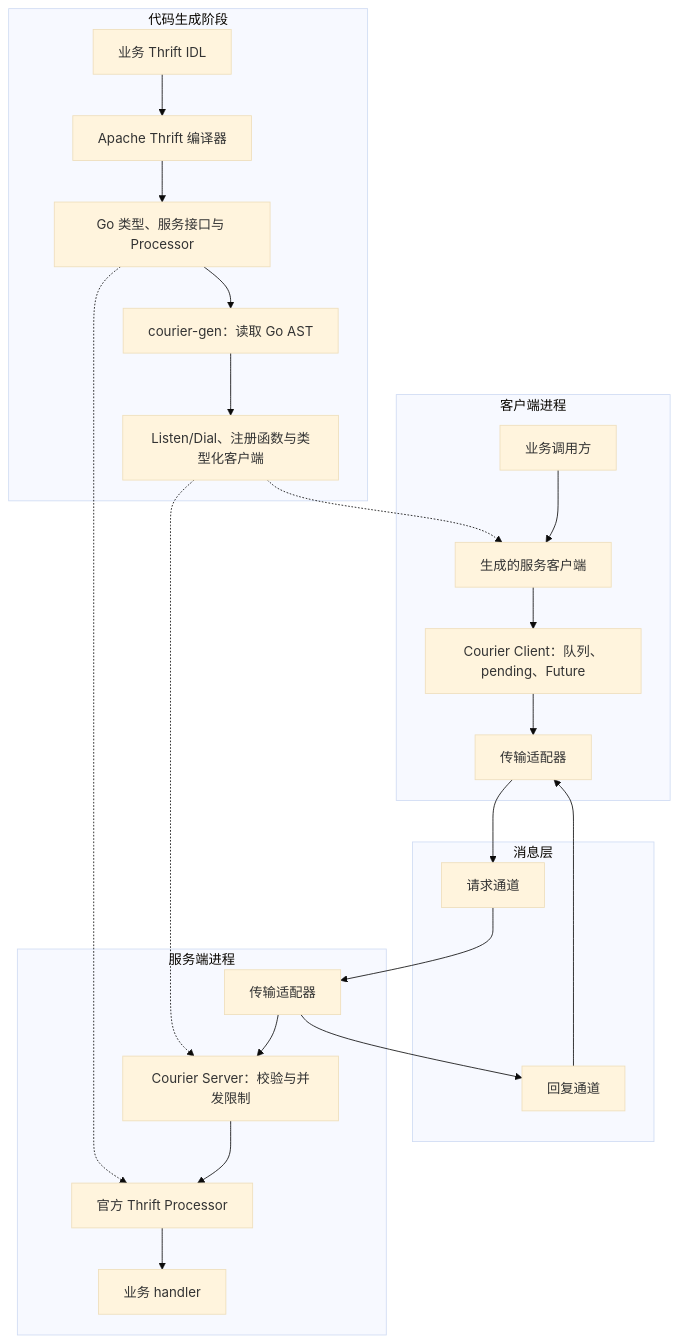
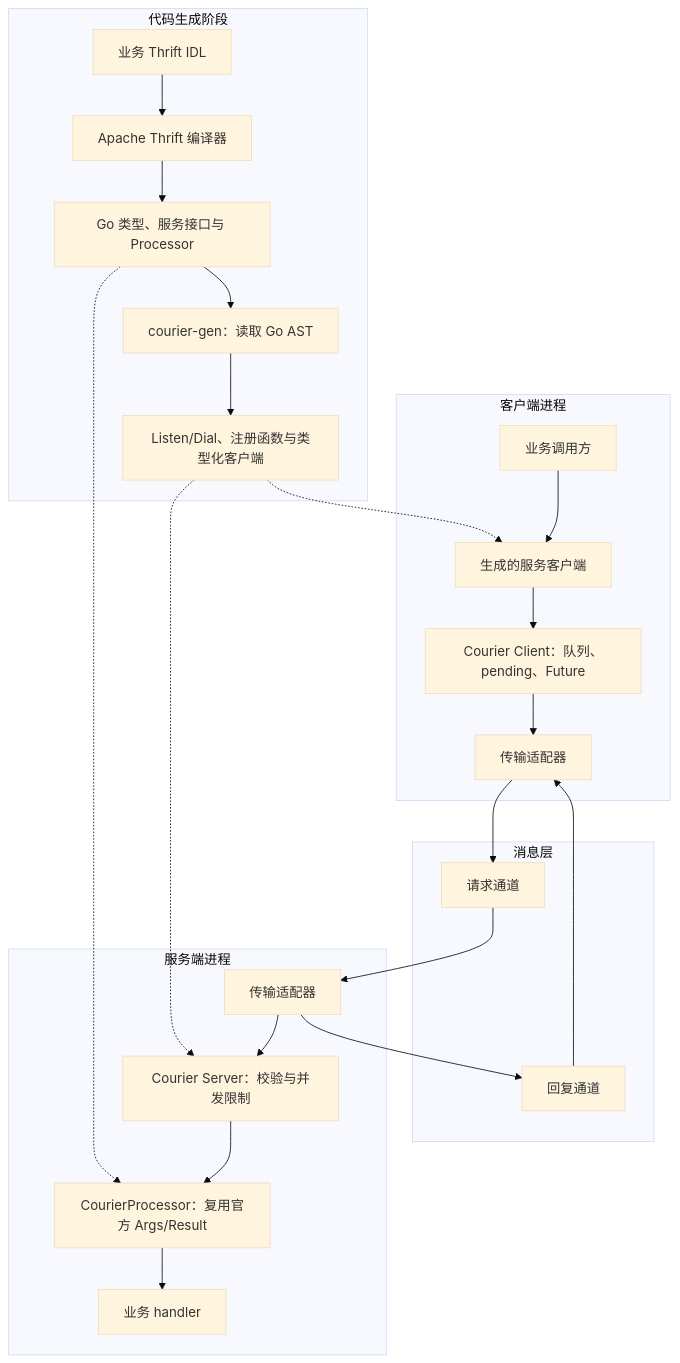
One commit to nextpkg/courier changed the diagram in docs/ARCHITECTURE.md. Above: the diagram before and after it, drawn with Mermaid (base theme). The commit also changed other lines of this file and 53 other files, not shown here.

````diff
--- a/docs/ARCHITECTURE.md
+++ b/docs/ARCHITECTURE.md
@@ -7,28 +7,28 @@
 ```mermaid
 flowchart TB
     subgraph Build[代码生成阶段]
         IDL[业务 Thrift IDL] --> TC[Apache Thrift 编译器]
         TC --> GO[Go 类型、服务接口与 Processor]
         GO --> GEN[courier-gen：读取 Go AST]
         GEN --> API[Listen/Dial、注册函数与类型化客户端]
     end
     subgraph Client[客户端进程]
         CALL[业务调用方] --> STUB[生成的服务客户端]
         STUB --> CORE[Courier Client：队列、pending、Future]
         CORE --> CT[传输适配器]
     end
     subgraph Messaging[消息层]
         REQ[请求通道]
         REP[回复通道]
     end
     subgraph Server[服务端进程]
         ST[传输适配器] --> SRV[Courier Server：校验与并发限制]
-        SRV --> PROC[官方 Thrift Processor]
+        SRV --> PROC[CourierProcessor：复用官方 Args/Result]
         PROC --> H[业务 handler]
     end
     API -.-> STUB
     API -.-> SRV
     GO -.-> PROC
     CT --> REQ --> ST
     ST --> REP --> CT
 ```
````
